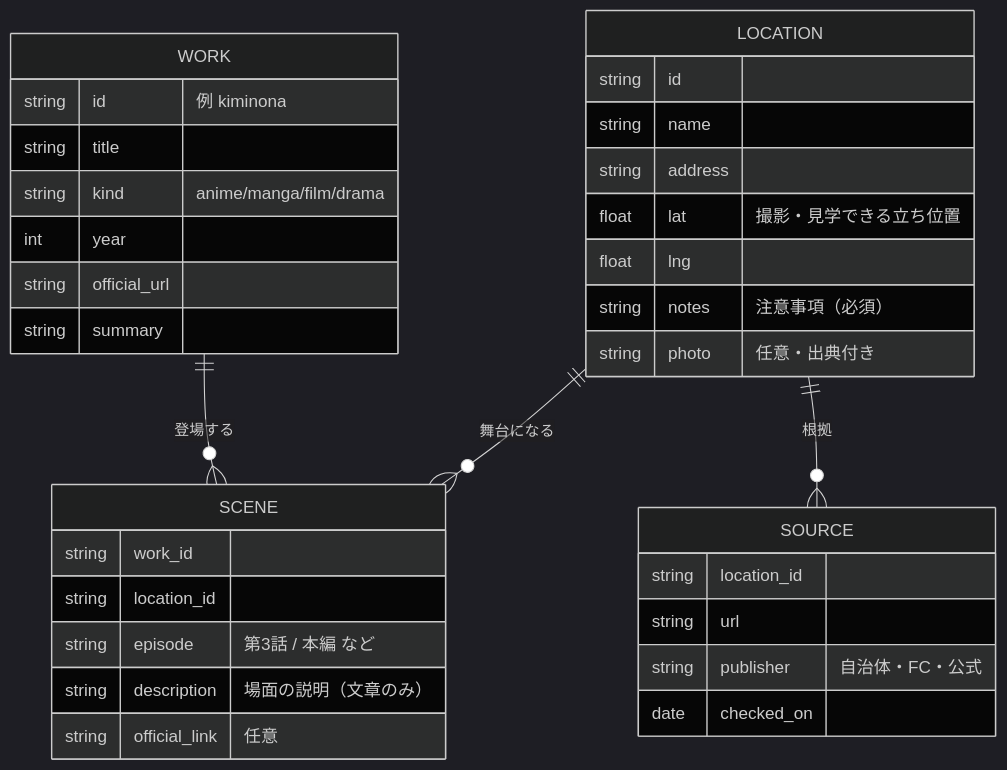
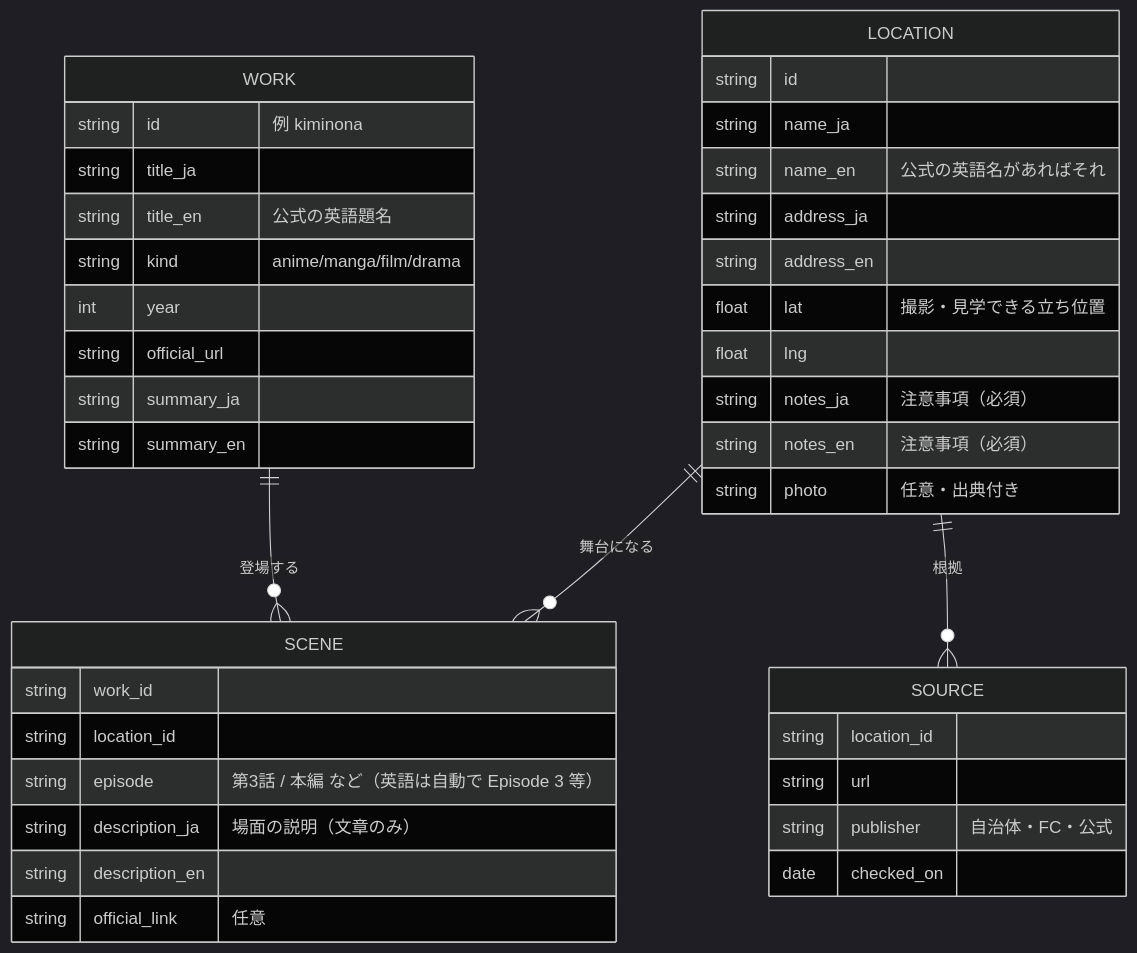
Before and after one commit to scenetrail/scenetrail.github.io: the third of 3 diagrams in docs/spec/01_spec.md, drawn with Mermaid (dark theme). The commit also changed other lines of this file and 3 other files, not shown here.

````diff
--- a/docs/spec/01_spec.md
+++ b/docs/spec/01_spec.md
@@ -103,36 +104,42 @@
 ```mermaid
 erDiagram
   WORK ||--o{ SCENE : "登場する"
   LOCATION ||--o{ SCENE : "舞台になる"
   LOCATION ||--o{ SOURCE : "根拠"
   WORK {
     string id "例 kiminona"
-    string title
+    string title_ja
+    string title_en "公式の英語題名"
     string kind "anime/manga/film/drama"
     int year
     string official_url
-    string summary
+    string summary_ja
+    string summary_en
   }
   LOCATION {
     string id
-    string name
-    string address
+    string name_ja
+    string name_en "公式の英語名があればそれ"
+    string address_ja
+    string address_en
     float lat "撮影・見学できる立ち位置"
     float lng
-    string notes "注意事項（必須）"
+    string notes_ja "注意事項（必須）"
+    string notes_en "注意事項（必須）"
     string photo "任意・出典付き"
   }
   SCENE {
     string work_id
     string location_id
-    string episode "第3話 / 本編 など"
-    string description "場面の説明（文章のみ）"
+    string episode "第3話 / 本編 など（英語は自動で Episode 3 等）"
+    string description_ja "場面の説明（文章のみ）"
+    string description_en
     string official_link "任意"
   }
   SOURCE {
     string location_id
     string url
     string publisher "自治体・FC・公式"
     date checked_on
   }
 ```
````
